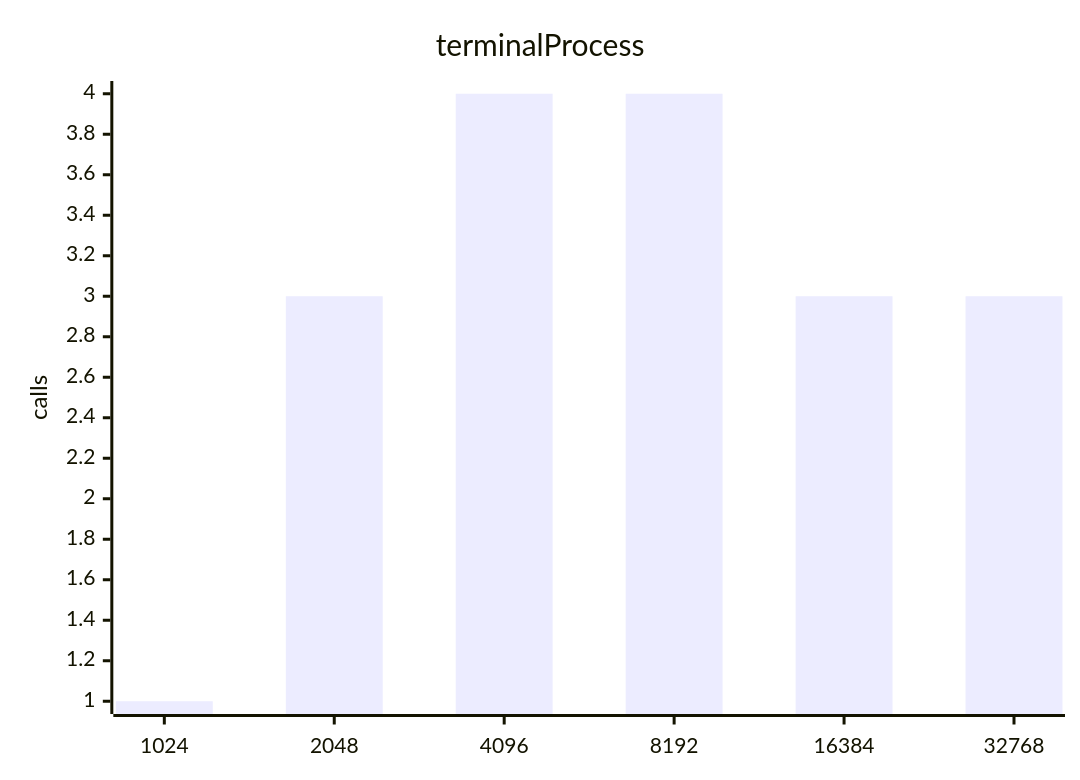
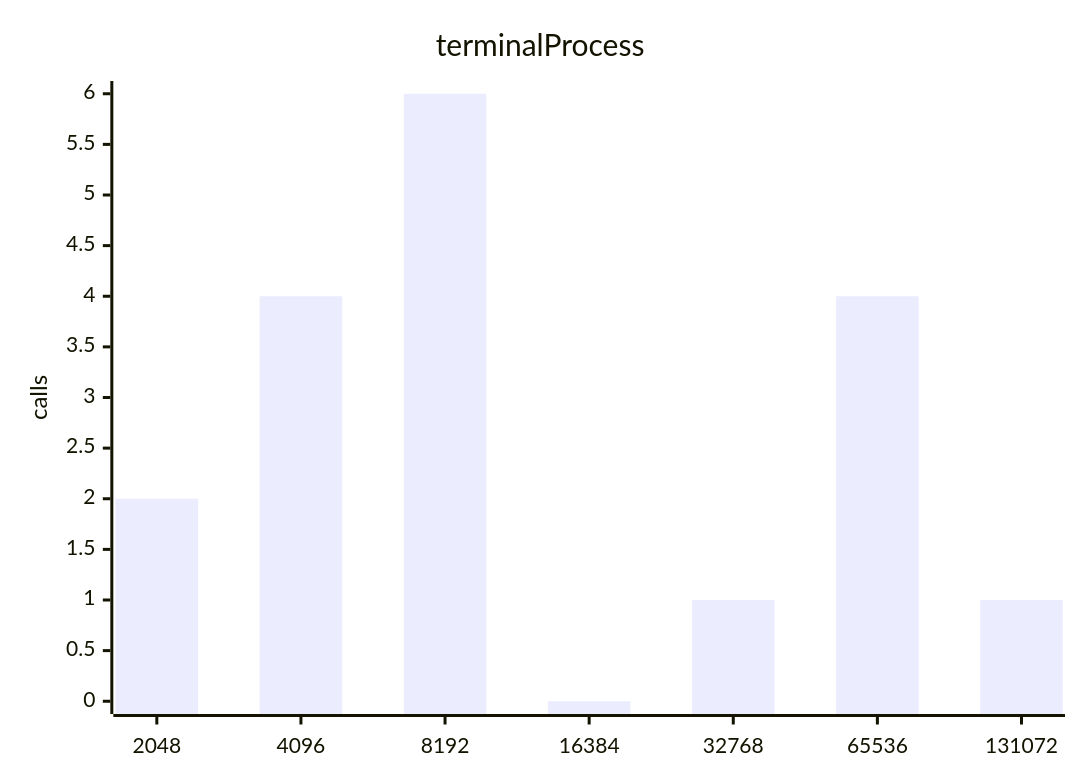
Before and after one commit to jrengmusic/eve: the seventh of 10 diagrams in benchmark/control-report.md, drawn with Mermaid. The commit also changed other lines of this file and 37 other files, not shown here.

````diff
--- a/benchmark/control-report.md
+++ b/benchmark/control-report.md
@@ -1483,7 +1483,7 @@
 ```mermaid
 xychart-beta
 title "terminalProcess"
-x-axis ["1024", "2048", "4096", "8192", "16384", "32768"]
+x-axis ["2048", "4096", "8192", "16384", "32768", "65536", "131072"]
 y-axis "calls"
-bar [1.00000000000000000, 3.00000000000000000, 4.00000000000000000, 4.00000000000000000, 3.00000000000000000, 3.00000000000000000]
+bar [2.00000000000000000, 4.00000000000000000, 6.00000000000000000, 0.00000000000000000, 1.00000000000000000, 4.00000000000000000, 1.00000000000000000]
 ```
````
